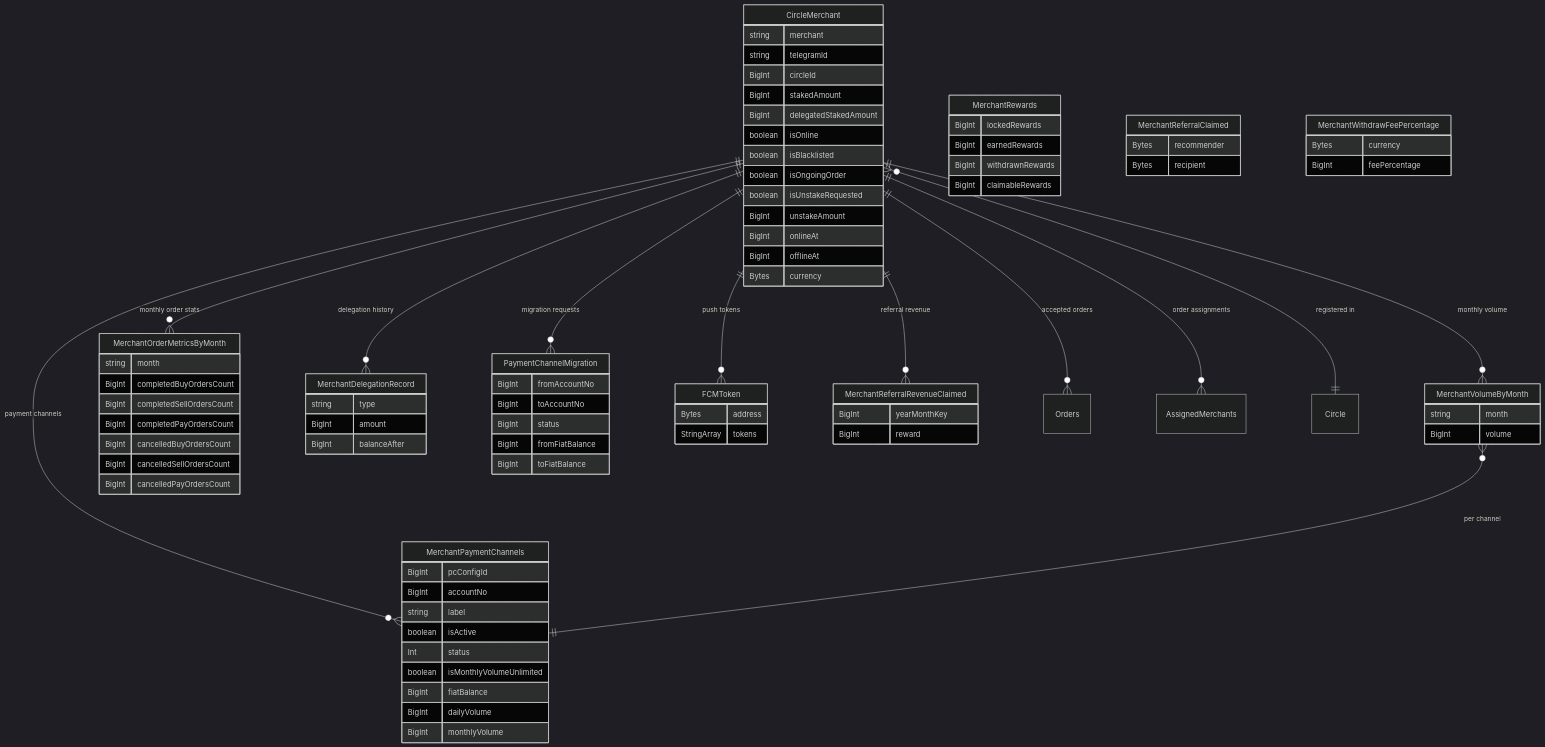
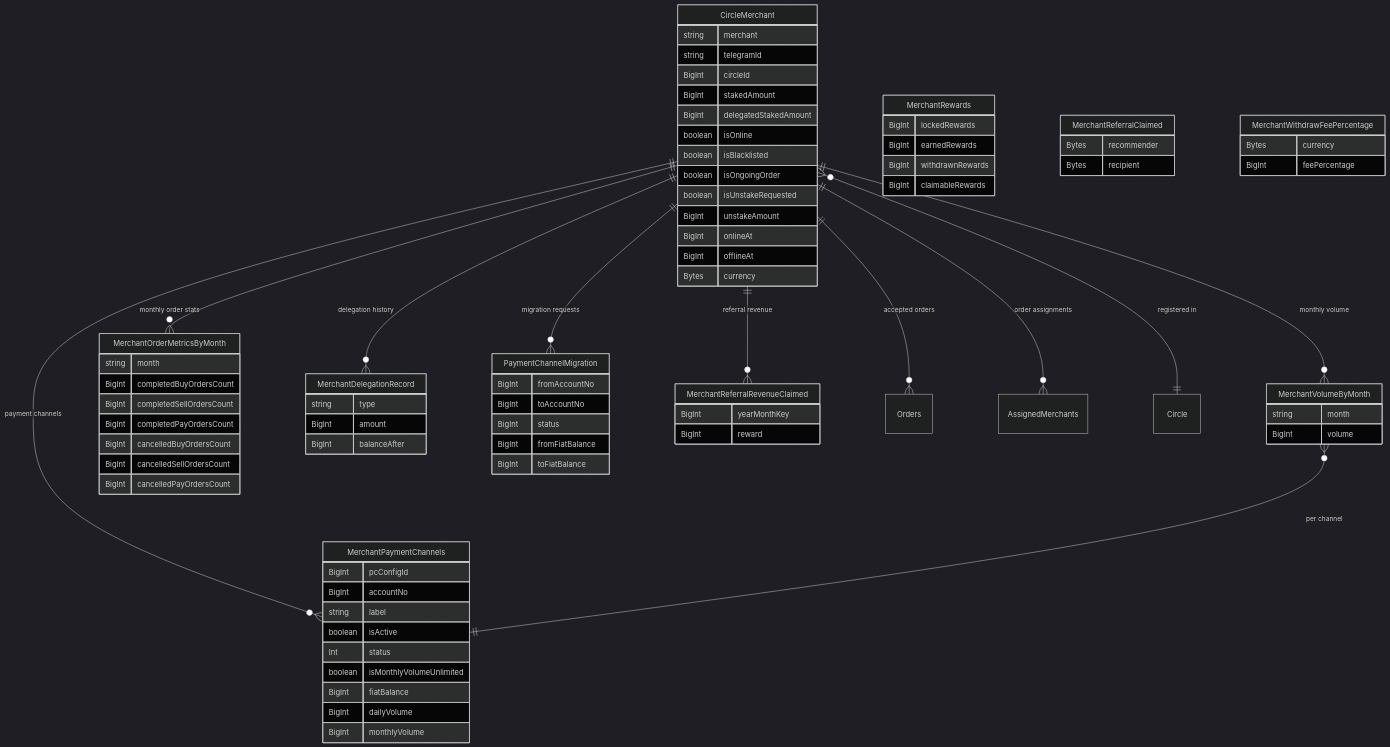
Before and after one commit to p2pdotme/subgraph: the third of 4 diagrams in README.md, drawn with Mermaid (dark theme). The commit also changed 5 other files, not shown here.

```diff
--- a/README.md
+++ b/README.md
@@ -224,11 +224,6 @@
         BigInt toFiatBalance
     }
 
-    FCMToken {
-        Bytes address
-        StringArray tokens
-    }
-
     MerchantRewards {
         BigInt lockedRewards
         BigInt earnedRewards
@@ -256,7 +251,6 @@
     CircleMerchant ||--o{ MerchantOrderMetricsByMonth : "monthly order stats"
     CircleMerchant ||--o{ MerchantDelegationRecord : "delegation history"
     CircleMerchant ||--o{ PaymentChannelMigration : "migration requests"
-    CircleMerchant ||--o{ FCMToken : "push tokens"
     CircleMerchant ||--o{ MerchantReferralRevenueClaimed : "referral revenue"
     CircleMerchant ||--o{ Orders : "accepted orders"
     CircleMerchant ||--o{ AssignedMerchants : "order assignments"
```
